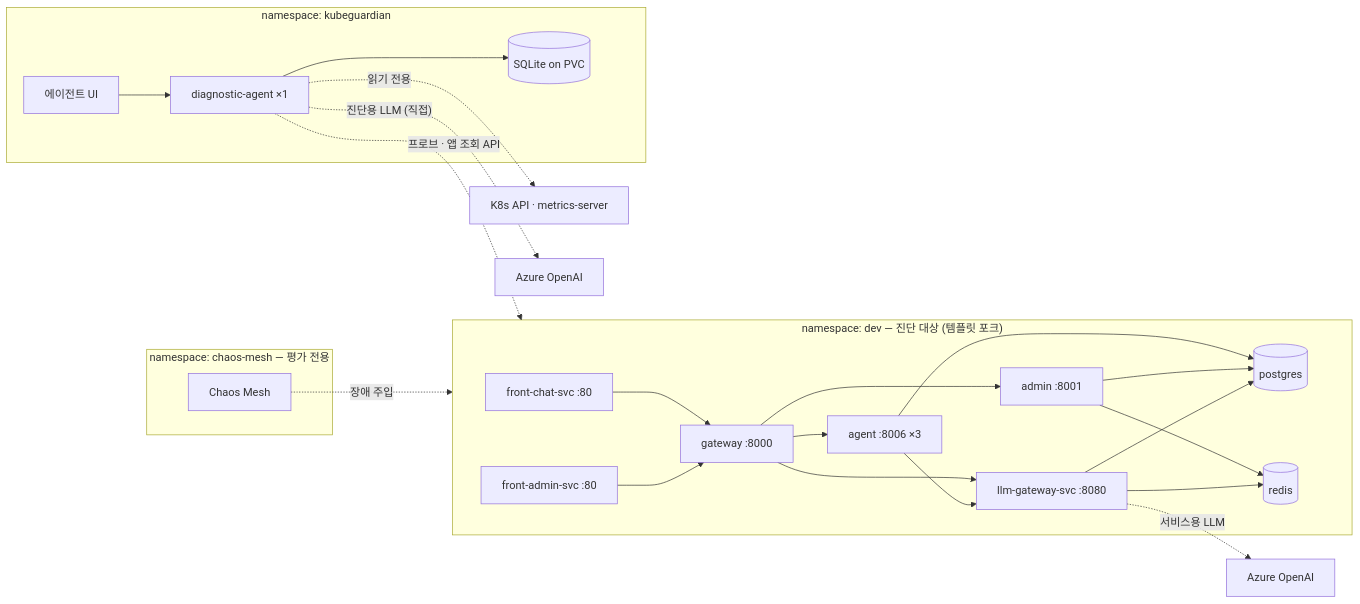
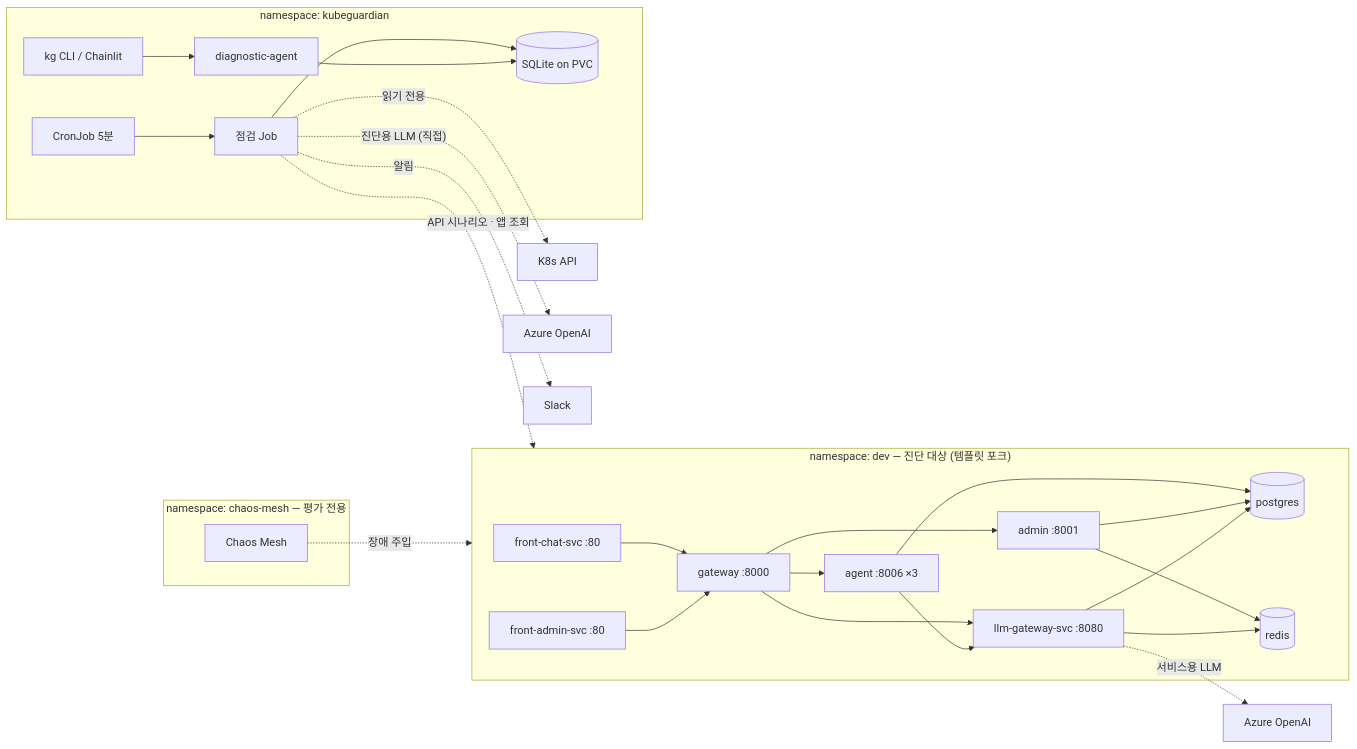
Before and after one commit to skax-jihyeryu/KubeGuardian: the second of 3 diagrams in docs/01-project-proposal.md, drawn with Mermaid. The commit also changed other lines of this file and 3 other files, not shown here.

````diff
--- a/docs/01-project-proposal.md
+++ b/docs/01-project-proposal.md
@@ -183,28 +160,31 @@
 ```mermaid
 flowchart LR
     subgraph ns_dev["namespace: dev — 진단 대상 (템플릿 포크)"]
         FC[front-chat-svc :80] --> GW[gateway :8000]
         FA[front-admin-svc :80] --> GW
         GW --> AG[agent :8006 ×3]
         GW --> AD[admin :8001]
         GW --> LG[llm-gateway-svc :8080]
         AG --> LG
         AG --> PG[(postgres)]
         AD --> PG
         AD --> RD[(redis)]
         LG --> PG
         LG --> RD
     end
     LG -. 서비스용 LLM .-> AOAI1[Azure OpenAI]
     subgraph ns_kg[namespace: kubeguardian]
-        UI[에이전트 UI] --> DA[diagnostic-agent ×1]
-        DA --> ST[(SQLite on PVC)]
+        CJ[CronJob 5분] --> JOB[점검 Job]
+        CLI[kg CLI / Chainlit] --> DA[diagnostic-agent]
+        JOB --> ST[(SQLite on PVC)]
+        DA --> ST
     end
-    DA -. 읽기 전용 .-> K8S[K8s API · metrics-server]
-    DA -. 프로브 · 앱 조회 API .-> ns_dev
-    DA -. 진단용 LLM (직접) .-> AOAI2[Azure OpenAI]
+    JOB -. 읽기 전용 .-> K8S[K8s API]
+    JOB -. API 시나리오 · 앱 조회 .-> ns_dev
+    JOB -. 진단용 LLM (직접) .-> AOAI2[Azure OpenAI]
+    JOB -. 알림 .-> SLACK[Slack]
     subgraph ns_chaos[namespace: chaos-mesh — 평가 전용]
         CM[Chaos Mesh]
     end
     CM -. 장애 주입 .-> ns_dev
 ```
````
